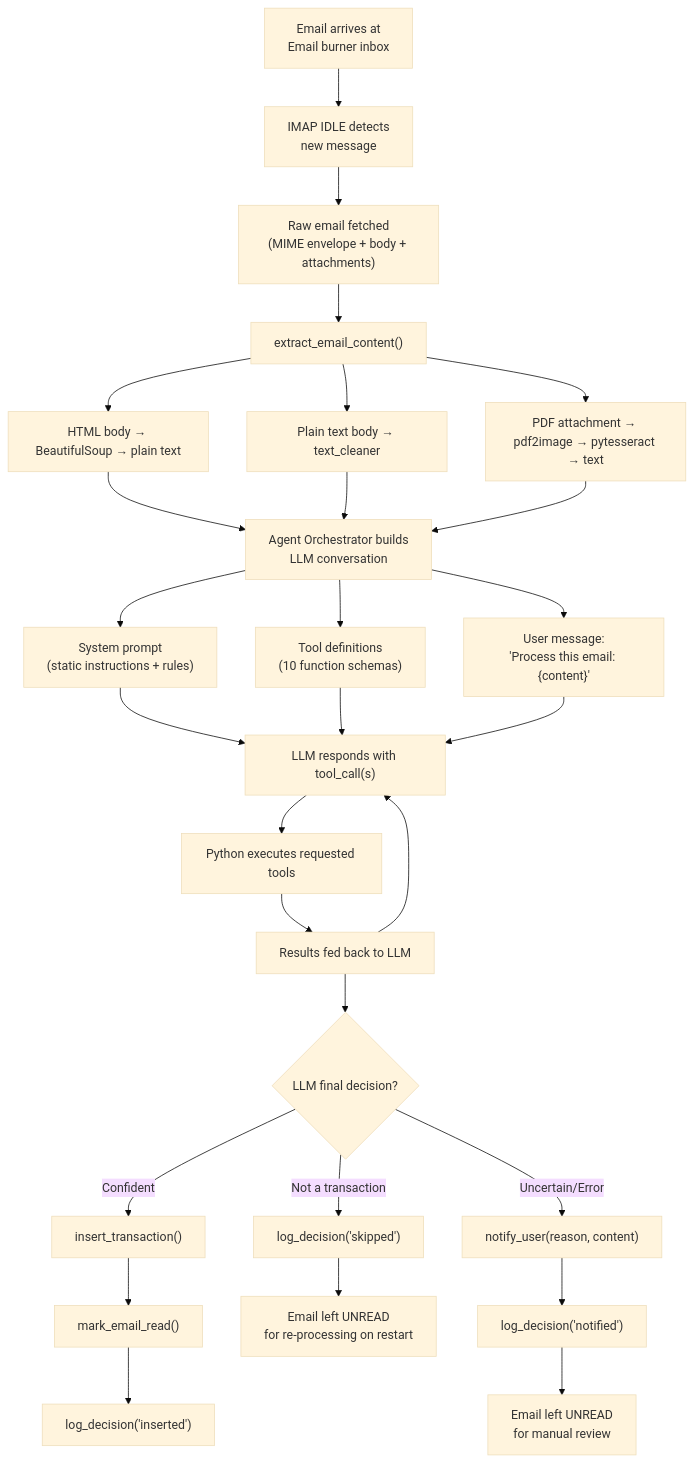
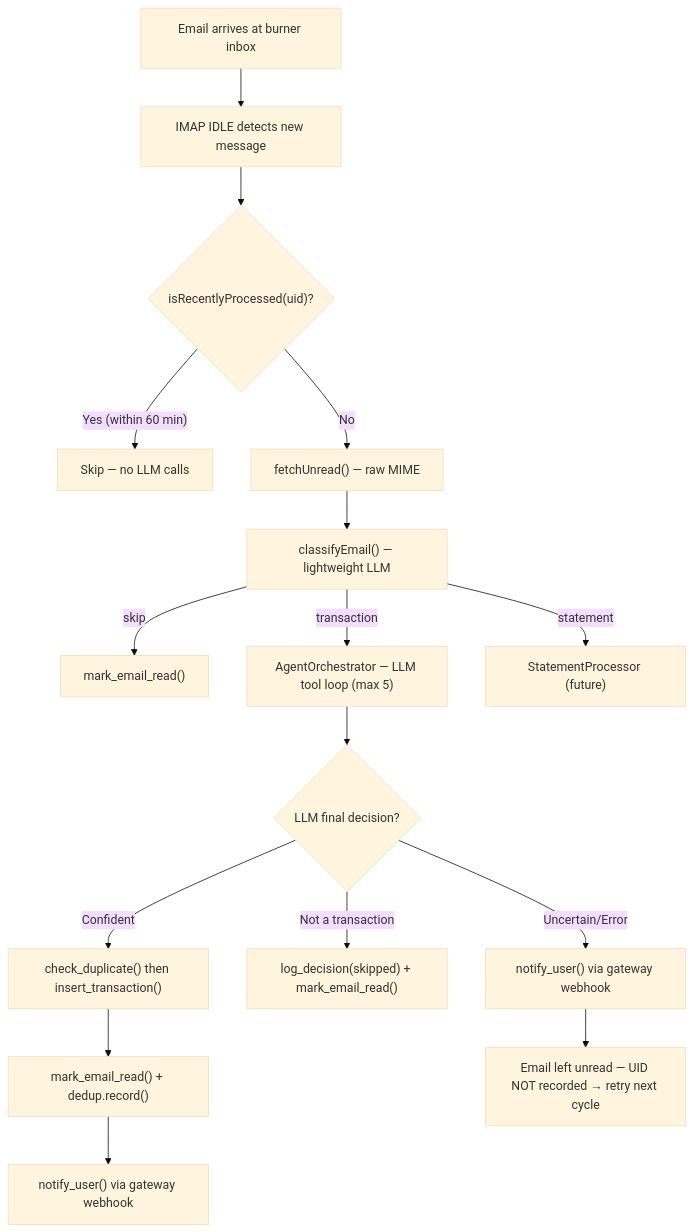
Before and after one commit to darrencjh8/darren-openclaw: the seventh of 10 diagrams in design.md, drawn with Mermaid (base theme). The commit also changed other lines of this file and 2 other files, not shown here.

First line of the commit message:
Update spec and design docs for UID pre-check and dedup changes

````diff
--- a/design.md
+++ b/design.md
@@ -937,34 +938,23 @@
 ```mermaid
 flowchart TD
-    A["Email arrives at<br/>Email burner inbox"] --> B["IMAP IDLE detects<br/>new message"]
-    B --> C["Raw email fetched<br/>(MIME envelope + body + attachments)"]
-    C --> D["extract_email_content()"]
+    A["Email arrives at burner inbox"] --> B["IMAP IDLE detects new message"]
+    B --> PREFILTER{"isRecentlyProcessed(uid)?"}
+    PREFILTER -->|"Yes (within 60 min)"| SKIP["Skip — no LLM calls"]
+    PREFILTER -->|"No"| C["fetchUnread() — raw MIME"]
+    C --> CLASSIFY["classifyEmail() — lightweight LLM"]
     
-    D --> D1["HTML body → BeautifulSoup → plain text"]
-    D --> D2["Plain text body → text_cleaner"]
-    D --> D3["PDF attachment → pdf2image → pytesseract → text"]
+    CLASSIFY -->|"skip"| MARK_SKIP["mark_email_read()"]
+    CLASSIFY -->|"transaction"| ORCH["AgentOrchestrator — LLM tool loop (max 5)"]
+    CLASSIFY -->|"statement"| STMT["StatementProcessor (future)"]
     
-    D1 & D2 & D3 --> E["Agent Orchestrator builds<br/>LLM conversation"]
+    ORCH --> DECISION{"LLM final decision?"}
     
-    E --> E1["System prompt<br/>(static instructions + rules)"]
-    E --> E2["Tool definitions<br/>(10 function schemas)"]
-    E --> E3["User message:<br/>'Process this email: {content}'"]
+    DECISION -->|"Confident"| CHECK["check_duplicate() then insert_transaction()"]
+    CHECK --> MARK["mark_email_read() + dedup.record()"]
+    MARK --> NOTIFY["notify_user() via gateway webhook"]
     
-    E1 & E2 & E3 --> F["LLM responds with tool_call(s)"]
-    F --> G["Python executes requested tools"]
-    G --> H["Results fed back to LLM"]
-    H --> F
+    DECISION -->|"Not a transaction"| SKIPLOG["log_decision(skipped) + mark_email_read()"]
     
-    H --> I{"LLM final decision?"}
-    
-    I -->|"Confident"| J["insert_transaction()"]
-    J --> K["mark_email_read()"]
-    K --> L["log_decision('inserted')"]
-    
-    I -->|"Not a transaction"| N["log_decision('skipped')"]
-    N --> Q2["Email left UNREAD<br/>for re-processing on restart"]
-    
-    I -->|"Uncertain/Error"| O["notify_user(reason, content)"]
-    O --> P["log_decision('notified')"]
-    P --> Q["Email left UNREAD<br/>for manual review"]
+    DECISION -->|"Uncertain/Error"| NOTIFY2["notify_user() via gateway webhook"]
+    NOTIFY2 --> UNREAD["Email left unread — UID NOT recorded → retry next cycle"]
 ```
````
